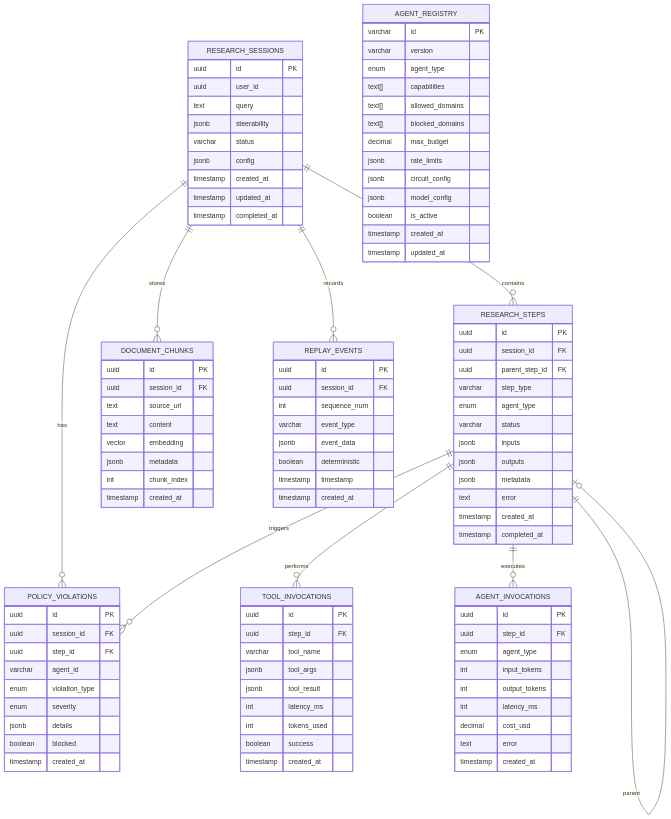
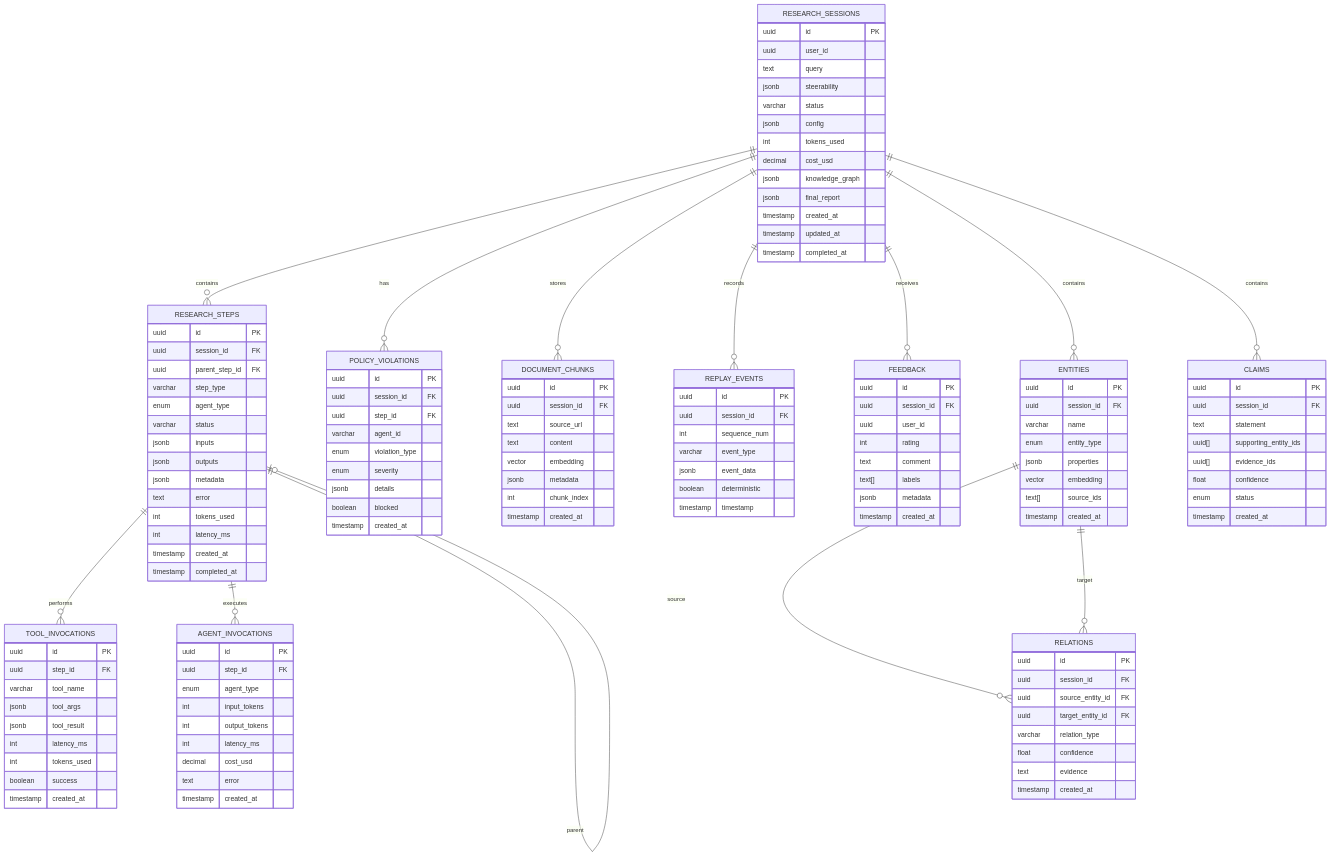
Before and after one commit to satyamaix/DeepResearchX: diagram 16 of 26 in docs/LLD.md, drawn with Mermaid. The commit also changed other lines of this file and 2 other files, not shown here.

````diff
--- a/docs/LLD.md
+++ b/docs/LLD.md
@@ -316,11 +893,16 @@
     RESEARCH_SESSIONS ||--o{ POLICY_VIOLATIONS : has
     RESEARCH_SESSIONS ||--o{ DOCUMENT_CHUNKS : stores
     RESEARCH_SESSIONS ||--o{ REPLAY_EVENTS : records
+    RESEARCH_SESSIONS ||--o{ FEEDBACK : receives
+    RESEARCH_SESSIONS ||--o{ ENTITIES : contains
+    RESEARCH_SESSIONS ||--o{ CLAIMS : contains
 
     RESEARCH_STEPS ||--o{ TOOL_INVOCATIONS : performs
     RESEARCH_STEPS ||--o{ AGENT_INVOCATIONS : executes
-    RESEARCH_STEPS ||--o{ POLICY_VIOLATIONS : triggers
     RESEARCH_STEPS ||--o| RESEARCH_STEPS : parent
+
+    ENTITIES ||--o{ RELATIONS : source
+    ENTITIES ||--o{ RELATIONS : target
 
     RESEARCH_SESSIONS {
         uuid id PK
@@ -329,6 +911,10 @@
         jsonb steerability
         varchar status
         jsonb config
+        int tokens_used
+        decimal cost_usd
+        jsonb knowledge_graph
+        jsonb final_report
         timestamp created_at
         timestamp updated_at
         timestamp completed_at
@@ -345,8 +931,54 @@
         jsonb outputs
         jsonb metadata
         text error
+        int tokens_used
+        int latency_ms
         timestamp created_at
         timestamp completed_at
+    }
+
+    ENTITIES {
+        uuid id PK
+        uuid session_id FK
+        varchar name
+        enum entity_type
+        jsonb properties
+        vector embedding
+        text[] source_ids
+        timestamp created_at
+    }
+
+    RELATIONS {
+        uuid id PK
+        uuid session_id FK
+        uuid source_entity_id FK
+        uuid target_entity_id FK
+        varchar relation_type
+        float confidence
+        text evidence
+        timestamp created_at
+    }
+
+    CLAIMS {
+        uuid id PK
+        uuid session_id FK
+        text statement
+        uuid[] supporting_entity_ids
+        uuid[] evidence_ids
+        float confidence
+        enum status
+        timestamp created_at
+    }
+
+    FEEDBACK {
+        uuid id PK
+        uuid session_id FK
+        uuid user_id
+        int rating
+        text comment
+        text[] labels
+        jsonb metadata
+        timestamp created_at
     }
 
     TOOL_INVOCATIONS {
@@ -404,22 +1036,5 @@
         jsonb event_data
         boolean deterministic
         timestamp timestamp
-        timestamp created_at
-    }
-
-    AGENT_REGISTRY {
-        varchar id PK
-        varchar version
-        enum agent_type
-        text[] capabilities
-        text[] allowed_domains
-        text[] blocked_domains
-        decimal max_budget
-        jsonb rate_limits
-        jsonb circuit_config
-        jsonb model_config
-        boolean is_active
-        timestamp created_at
-        timestamp updated_at
     }
 ```
````
